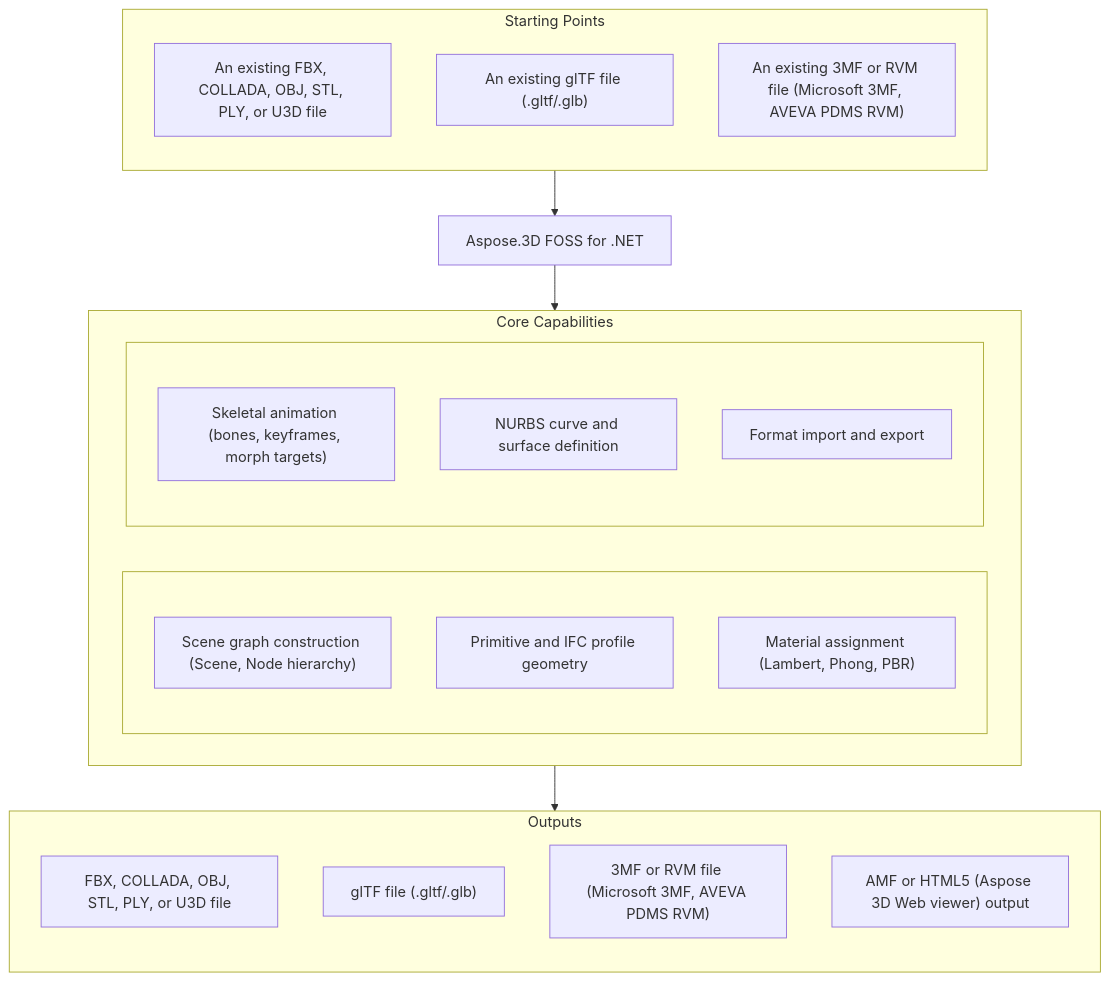
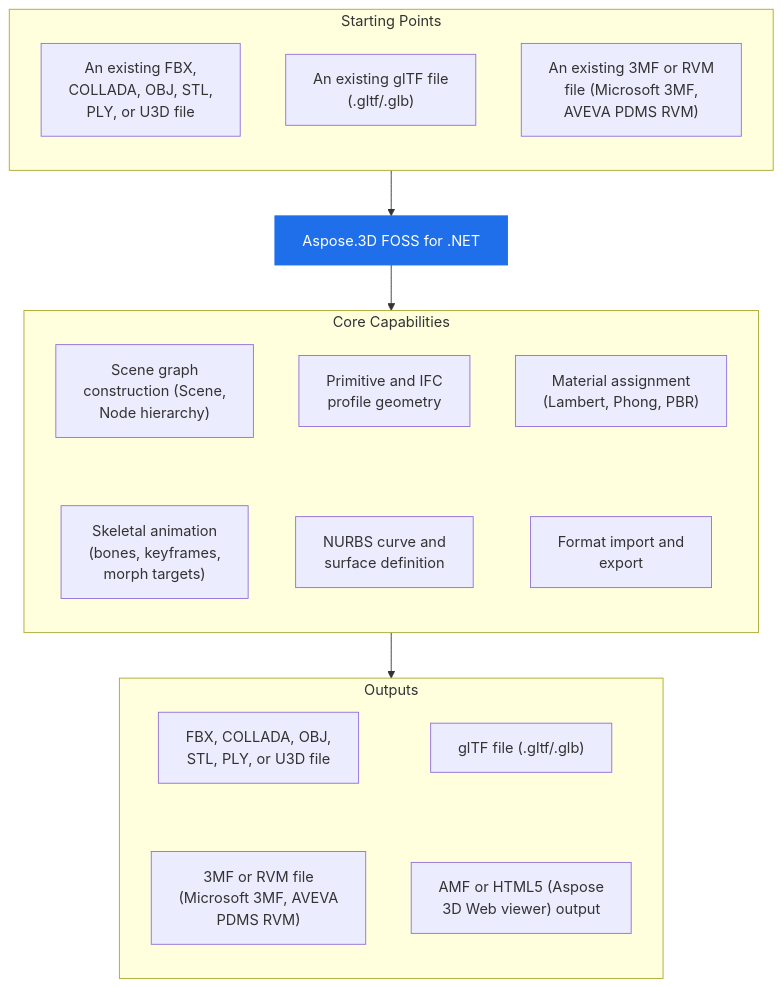
The diagram in 52b0f00ebf28a0b4173921725ff170685ec2c502/README.md (babar-raza/repo-presenter), drawn with Mermaid before and after one commit. The commit also changed other lines of this file and 6 other files, not shown here.

````diff
--- a/52b0f00ebf28a0b4173921725ff170685ec2c502/README.md
+++ b/52b0f00ebf28a0b4173921725ff170685ec2c502/README.md
@@ -30,33 +30,34 @@
 ```mermaid
-flowchart TD
+flowchart TB
   subgraph StartingPoints["Starting Points"]
     direction TB
-    i1["An existing FBX, COLLADA, OBJ, STL, PLY, or U3D file"]
-    i2["An existing glTF file (.gltf/.glb)"]
-    i3["An existing 3MF or RVM file (Microsoft 3MF, AVEVA PDMS RVM)"]
+    i1["An existing FBX,<br/>COLLADA, OBJ, STL,<br/>PLY, or U3D file"]
+    i2["An existing glTF file<br/>(.gltf/.glb)"]
+    i3["An existing 3MF or RVM<br/>file (Microsoft 3MF,<br/>AVEVA PDMS RVM)"]
   end
   PRODUCT["Aspose.3D FOSS for .NET"]
   subgraph Capabilities["Core Capabilities"]
-    direction LR
-    subgraph capl[" "]
-      direction TB
-      c1["Scene graph construction (Scene, Node hierarchy)"]
-      c2["Primitive and IFC profile geometry"]
-      c3["Material assignment (Lambert, Phong, PBR)"]
-    end
-    subgraph capr[" "]
-      direction TB
-      c4["Skeletal animation (bones, keyframes, morph targets)"]
-      c5["NURBS curve and surface definition"]
-      c6["Format import and export"]
-    end
+    direction TB
+    c1["Scene graph<br/>construction (Scene,<br/>Node hierarchy)"]
+    c2["Primitive and IFC<br/>profile geometry"]
+    c3["Material assignment<br/>(Lambert, Phong, PBR)"]
+    c4["Skeletal animation<br/>(bones, keyframes,<br/>morph targets)"]
+    c5["NURBS curve and<br/>surface definition"]
+    c6["Format import and<br/>export"]
+    c1 ~~~ c4
+    c2 ~~~ c5
+    c3 ~~~ c6
   end
   subgraph Outputs["Outputs"]
     direction TB
-    o1["FBX, COLLADA, OBJ, STL, PLY, or U3D file"]
+    o1["FBX, COLLADA, OBJ,<br/>STL, PLY, or U3D file"]
     o2["glTF file (.gltf/.glb)"]
-    o3["3MF or RVM file (Microsoft 3MF, AVEVA PDMS RVM)"]
-    o4["AMF or HTML5 (Aspose 3D Web viewer) output"]
+    o3["3MF or RVM file<br/>(Microsoft 3MF, AVEVA<br/>PDMS RVM)"]
+    o4["AMF or HTML5 (Aspose<br/>3D Web viewer) output"]
+    o1 ~~~ o3
+    o2 ~~~ o4
   end
   StartingPoints --> PRODUCT --> Capabilities --> Outputs
+  classDef product fill:#1f6feb,stroke:#1f6feb,color:#ffffff
+  class PRODUCT product
 ```
````
